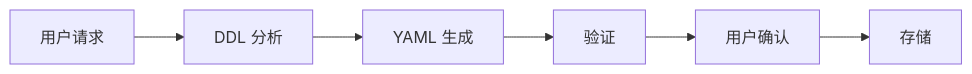
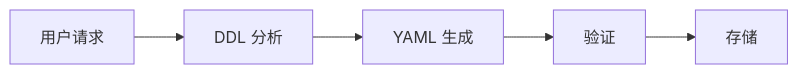
The second of 8 diagrams in docs/subagent/builtin_subagents.zh.md (Datus-ai/Datus-agent), drawn with Mermaid before and after one commit. The commit also changed other lines of this file and 11 other files, not shown here.

````diff
--- a/docs/subagent/builtin_subagents.zh.md
+++ b/docs/subagent/builtin_subagents.zh.md
@@ -252,8 +235,7 @@
 ```mermaid
 graph LR
     A[用户请求] --> B[DDL 分析]
     B --> C[YAML 生成]
     C --> D[验证]
-    D --> E[用户确认]
-    E --> F[存储]
+    D --> E[存储]
 ```
````
